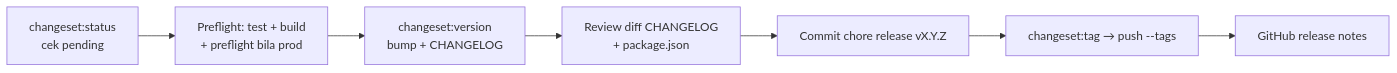
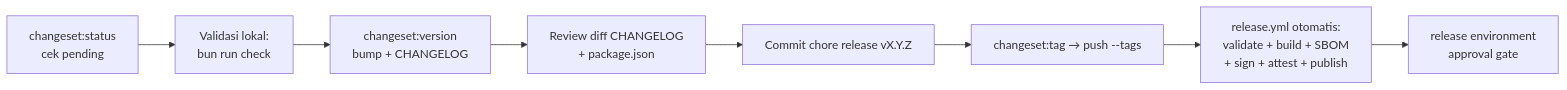
Before and after one commit to ahliweb/awcms-mini: the diagram in .claude/skills/awcms-mini-release/SKILL.md, drawn with Mermaid. The commit also changed other lines of this file and 11 other files, not shown here.

First line of the commit message:
ci(release): automate Changesets release, SBOM, image signing, and provenance

````diff
--- a/.claude/skills/awcms-mini-release/SKILL.md
+++ b/.claude/skills/awcms-mini-release/SKILL.md
@@ -12,9 +12,10 @@
 ```mermaid
 flowchart LR
-  A[changeset:status<br/>cek pending] --> B[Preflight: test + build<br/>+ preflight bila prod]
+  A[changeset:status<br/>cek pending] --> B[Validasi lokal:<br/>bun run check]
   B --> C[changeset:version<br/>bump + CHANGELOG]
   C --> D[Review diff CHANGELOG<br/>+ package.json]
   D --> E[Commit chore release vX.Y.Z]
   E --> F[changeset:tag → push --tags]
-  F --> G[GitHub release notes]
+  F --> G[release.yml otomatis:<br/>validate + build + SBOM<br/>+ sign + attest + publish]
+  G --> H[release environment<br/>approval gate]
 ```
````
